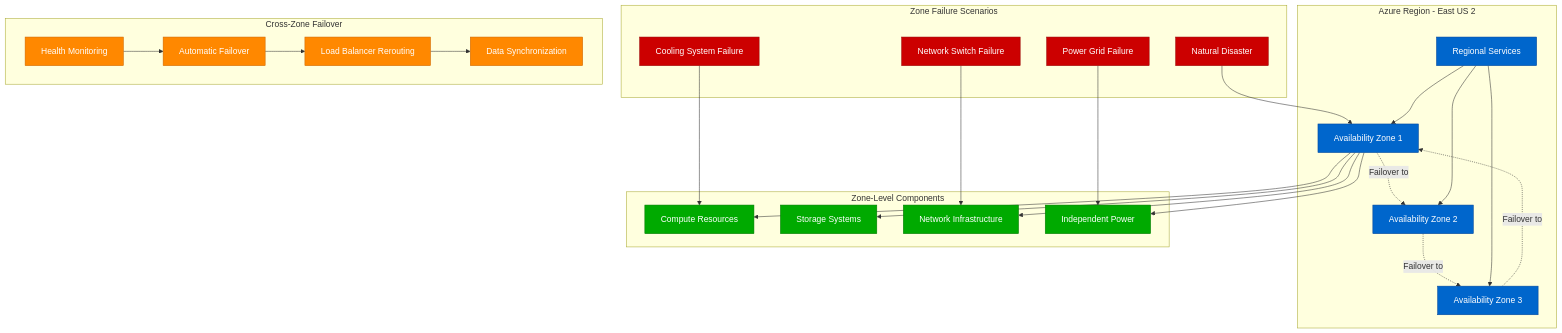
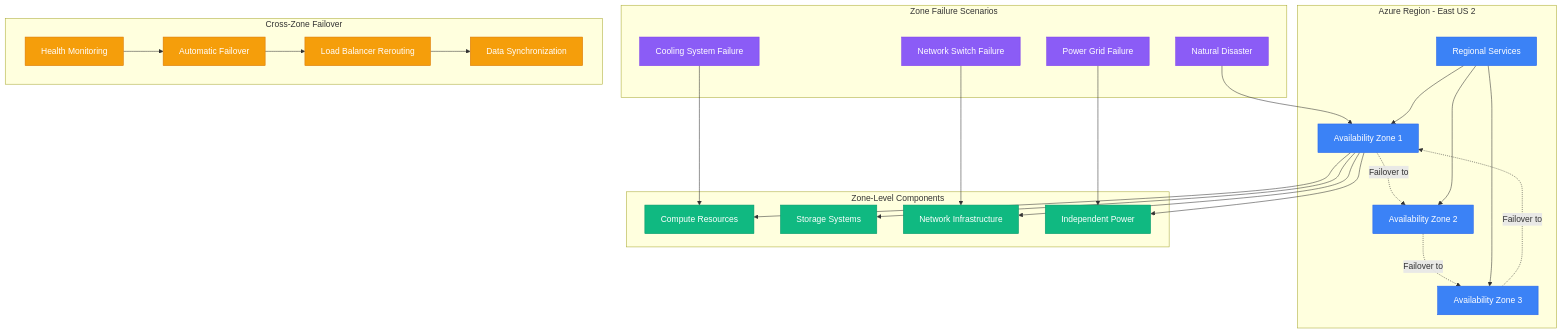
The fifth of 10 diagrams in site/docs/systems/microsoft/failure-domains.md (deepaucksharma/DS), drawn with Mermaid before and after one commit. The commit also changed other lines of this file and 303 other files, not shown here.

````diff
--- a/site/docs/systems/microsoft/failure-domains.md
+++ b/site/docs/systems/microsoft/failure-domains.md
@@ -234,67 +234,67 @@
 ```mermaid
 graph TB
     subgraph AzureRegion[Azure Region - East US 2]
         AZ1[Availability Zone 1]
         AZ2[Availability Zone 2]
         AZ3[Availability Zone 3]
         REGION_SERVICES[Regional Services]
     end
 
     subgraph ZoneComponents[Zone-Level Components]
         AZ1_COMPUTE[Compute Resources]
         AZ1_STORAGE[Storage Systems]
         AZ1_NETWORK[Network Infrastructure]
         AZ1_POWER[Independent Power]
     end
 
     subgraph ZoneFailures[Zone Failure Scenarios]
         POWER_OUTAGE[Power Grid Failure]
         COOLING_FAILURE[Cooling System Failure]
         NETWORK_FAILURE[Network Switch Failure]
         FLOOD_DISASTER[Natural Disaster]
     end
 
     subgraph FailoverLogic[Cross-Zone Failover]
         HEALTH_MONITORING[Health Monitoring]
         AUTOMATIC_FAILOVER_AZ[Automatic Failover]
         LOAD_BALANCER_AZ[Load Balancer Rerouting]
         DATA_SYNC[Data Synchronization]
     end
 
     %% Zone structure
     AZ1 --> AZ1_COMPUTE
     AZ1 --> AZ1_STORAGE
     AZ1 --> AZ1_NETWORK
     AZ1 --> AZ1_POWER
 
     %% Failure scenarios
     POWER_OUTAGE --> AZ1_POWER
     COOLING_FAILURE --> AZ1_COMPUTE
     NETWORK_FAILURE --> AZ1_NETWORK
     FLOOD_DISASTER --> AZ1
 
     %% Failover mechanisms
     HEALTH_MONITORING --> AUTOMATIC_FAILOVER_AZ
     AUTOMATIC_FAILOVER_AZ --> LOAD_BALANCER_AZ
     LOAD_BALANCER_AZ --> DATA_SYNC
 
     %% Cross-zone relationships
     AZ1 -.->|"Failover to"| AZ2
     AZ2 -.->|"Failover to"| AZ3
     AZ3 -.->|"Failover to"| AZ1
 
     %% Regional services span zones
     REGION_SERVICES --> AZ1
     REGION_SERVICES --> AZ2
     REGION_SERVICES --> AZ3
 
-    classDef zoneStyle fill:#0066CC,stroke:#004499,color:#fff
-    classDef componentStyle fill:#00AA00,stroke:#007700,color:#fff
-    classDef failureStyle fill:#CC0000,stroke:#990000,color:#fff
-    classDef failoverStyle fill:#FF8800,stroke:#CC6600,color:#fff
+    classDef zoneStyle fill:#3B82F6,stroke:#2563EB,color:#fff
+    classDef componentStyle fill:#10B981,stroke:#059669,color:#fff
+    classDef failureStyle fill:#8B5CF6,stroke:#7C3AED,color:#fff
+    classDef failoverStyle fill:#F59E0B,stroke:#D97706,color:#fff
 
     class AZ1,AZ2,AZ3,REGION_SERVICES zoneStyle
     class AZ1_COMPUTE,AZ1_STORAGE,AZ1_NETWORK,AZ1_POWER componentStyle
     class POWER_OUTAGE,COOLING_FAILURE,NETWORK_FAILURE,FLOOD_DISASTER failureStyle
     class HEALTH_MONITORING,AUTOMATIC_FAILOVER_AZ,LOAD_BALANCER_AZ,DATA_SYNC failoverStyle
 ```
````
